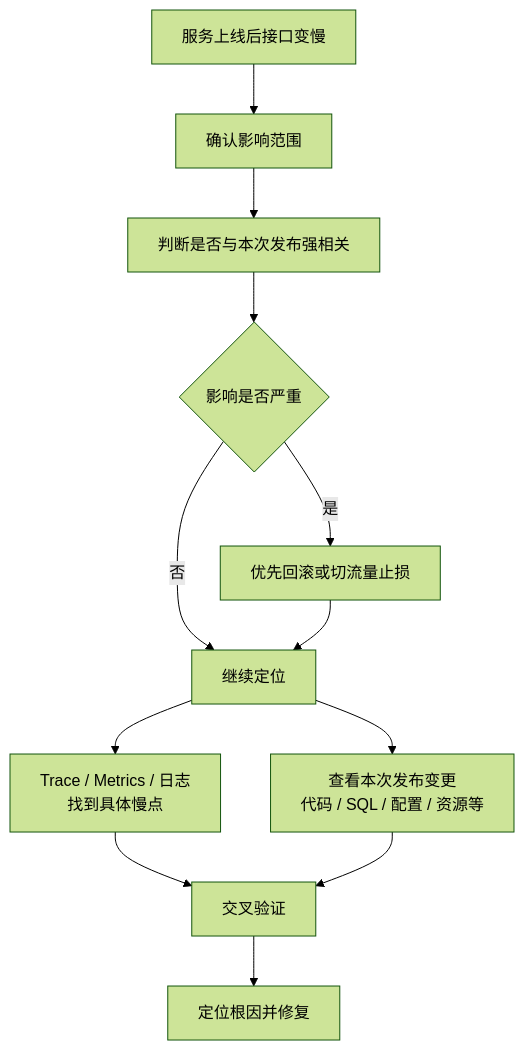
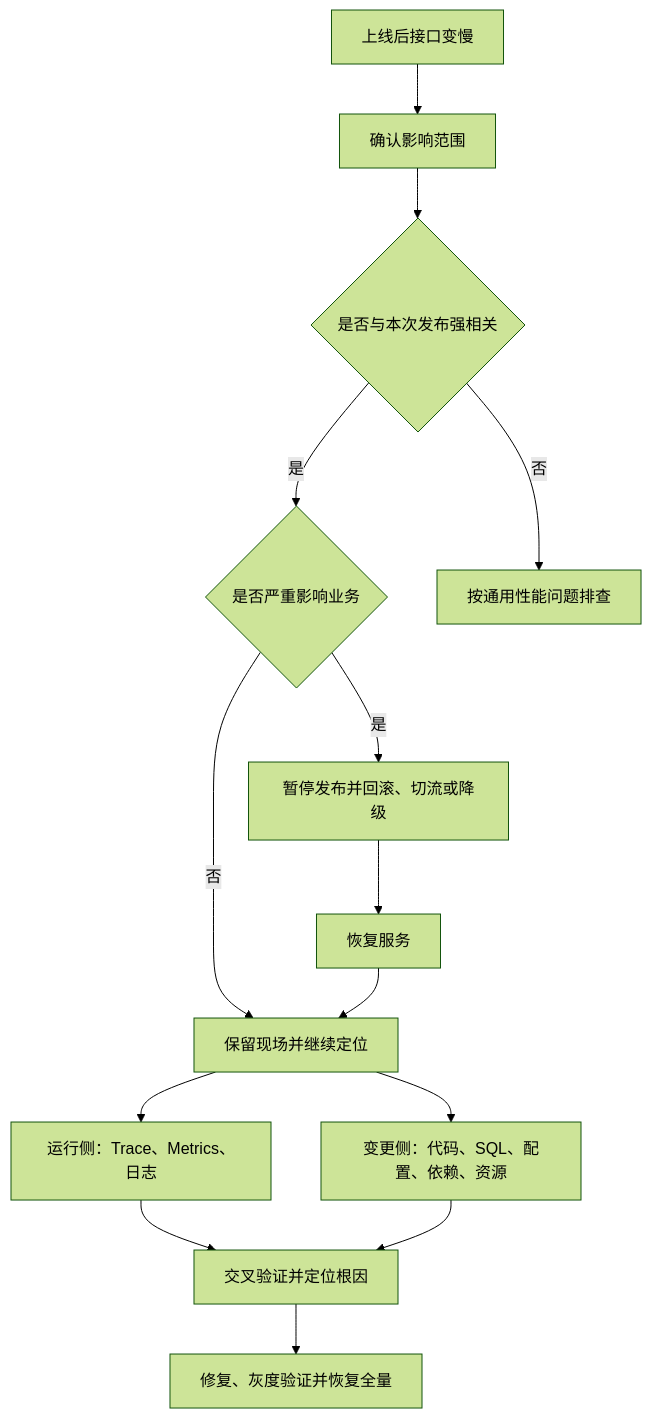
Before and after one commit to blog-archives/interview: the diagram in content/troubleshooting/publish_slow.md, drawn with Mermaid (forest theme). The commit also changed other lines of this file and 5 other files, not shown here.

````diff
--- a/content/troubleshooting/publish_slow.md
+++ b/content/troubleshooting/publish_slow.md
@@ -140,18 +109,16 @@
 ```mermaid
 flowchart TD
-    A[服务上线后接口变慢] --> B[确认影响范围]
-    B --> C[判断是否与本次发布强相关]
-
-    C --> D{影响是否严重}
-    D -->|是| E[优先回滚或切流量止损]
-    D -->|否| F[继续定位]
-    E --> F
-
-    F --> G[Trace / Metrics / 日志<br/>找到具体慢点]
-    F --> H[查看本次发布变更<br/>代码 / SQL / 配置 / 资源等]
-
-    G --> I[交叉验证]
-    H --> I
-
-    I --> J[定位根因并修复]
+    A[上线后接口变慢] --> B[确认影响范围]
+    B --> C{是否与本次发布强相关}
+    C -->|是| D{是否严重影响业务}
+    C -->|否| K[按通用性能问题排查]
+    D -->|是| E[暂停发布并回滚、切流或降级]
+    D -->|否| F[保留现场并继续定位]
+    E --> G[恢复服务]
+    G --> F
+    F --> H[运行侧：Trace、Metrics、日志]
+    F --> I[变更侧：代码、SQL、配置、依赖、资源]
+    H --> J[交叉验证并定位根因]
+    I --> J
+    J --> L[修复、灰度验证并恢复全量]
 ```
````
